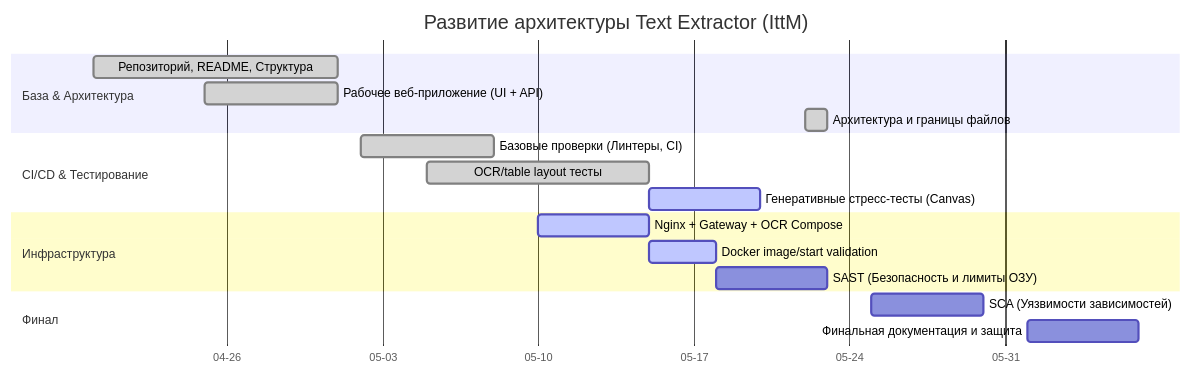
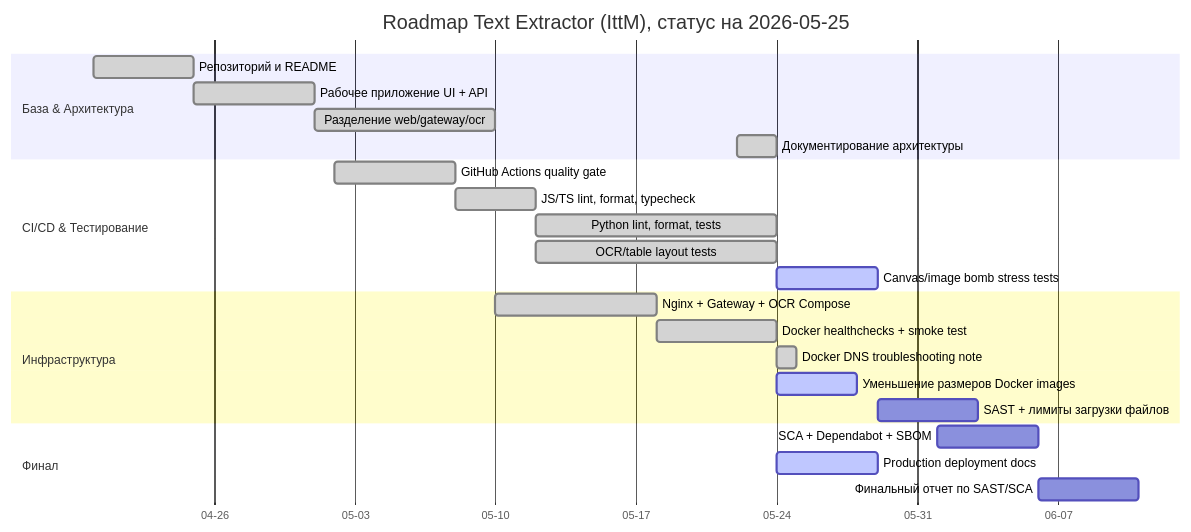
The diagram in docs/COURSE_PLAN.md (AI-paca/IttM), drawn with Mermaid before and after one commit. The commit also changed other lines of this file and 18 other files, not shown here.

Commit message:
chore(docker): improve compose startup and runtime persistence

````diff
--- a/docs/COURSE_PLAN.md
+++ b/docs/COURSE_PLAN.md
@@ -16,25 +11,31 @@
 ```mermaid
 gantt
-    title Развитие архитектуры Text Extractor (IttM)
+    title Roadmap Text Extractor (IttM), статус на 2026-05-25
     dateFormat  YYYY-MM-DD
     axisFormat  %m-%d
 
     section База & Архитектура
-    Репозиторий, README, Структура      :done, phase1, 2026-04-20, 2026-05-01
-    Рабочее веб-приложение (UI + API)   :done, phase2, 2026-04-25, 2026-05-01
-    Архитектура и границы файлов        :done, arch, 2026-05-22, 1d
+    Репозиторий и README                :done, repo, 2026-04-20, 2026-04-25
+    Рабочее приложение UI + API         :done, app, 2026-04-25, 2026-05-01
+    Разделение web/gateway/ocr          :done, arch_split, 2026-05-01, 2026-05-10
+    Документирование архитектуры        :done, arch_docs, 2026-05-22, 2026-05-24
 
     section CI/CD & Тестирование
-    Базовые проверки (Линтеры, CI)      :done, phase3, 2026-05-02, 2026-05-08
-    OCR/table layout тесты              :done, cv_layout, 2026-05-05, 2026-05-15
-    Генеративные стресс-тесты (Canvas)  :active, cv_test, 2026-05-15, 5d
+    GitHub Actions quality gate         :done, ci_gate, 2026-05-02, 2026-05-08
+    JS/TS lint, format, typecheck       :done, js_gate, 2026-05-08, 2026-05-12
+    Python lint, format, tests          :done, py_gate, 2026-05-12, 2026-05-24
+    OCR/table layout tests              :done, ocr_tests, 2026-05-12, 2026-05-24
+    Canvas/image bomb stress tests      :active, stress_tests, 2026-05-24, 5d
 
     section Инфраструктура
-    Nginx + Gateway + OCR Compose       :active, docker2, 2026-05-10, 5d
-    Docker image/start validation       :active, docker_check, after docker2, 3d
-    SAST (Безопасность и лимиты ОЗУ)    :         sast, after docker_check, 5d
+    Nginx + Gateway + OCR Compose       :done, compose, 2026-05-10, 2026-05-18
+    Docker healthchecks + smoke test    :done, smoke, 2026-05-18, 2026-05-24
+    Docker DNS troubleshooting note     :done, dns_note, 2026-05-24, 1d
+    Уменьшение размеров Docker images   :active, image_size, 2026-05-24, 4d
+    SAST + лимиты загрузки файлов       :         sast, 2026-05-29, 5d
 
     section Финал
-    SCA (Уязвимости зависимостей)       :         sca, 2026-05-25, 5d
-    Финальная документация и защита     :         docs, 2026-06-01, 5d
+    SCA + Dependabot + SBOM             :         sca, 2026-06-01, 5d
+    Production deployment docs          :active, prod_docs, 2026-05-24, 5d
+    Финальный отчет по SAST/SCA         :         final_report, 2026-06-06, 5d
 ```
````
